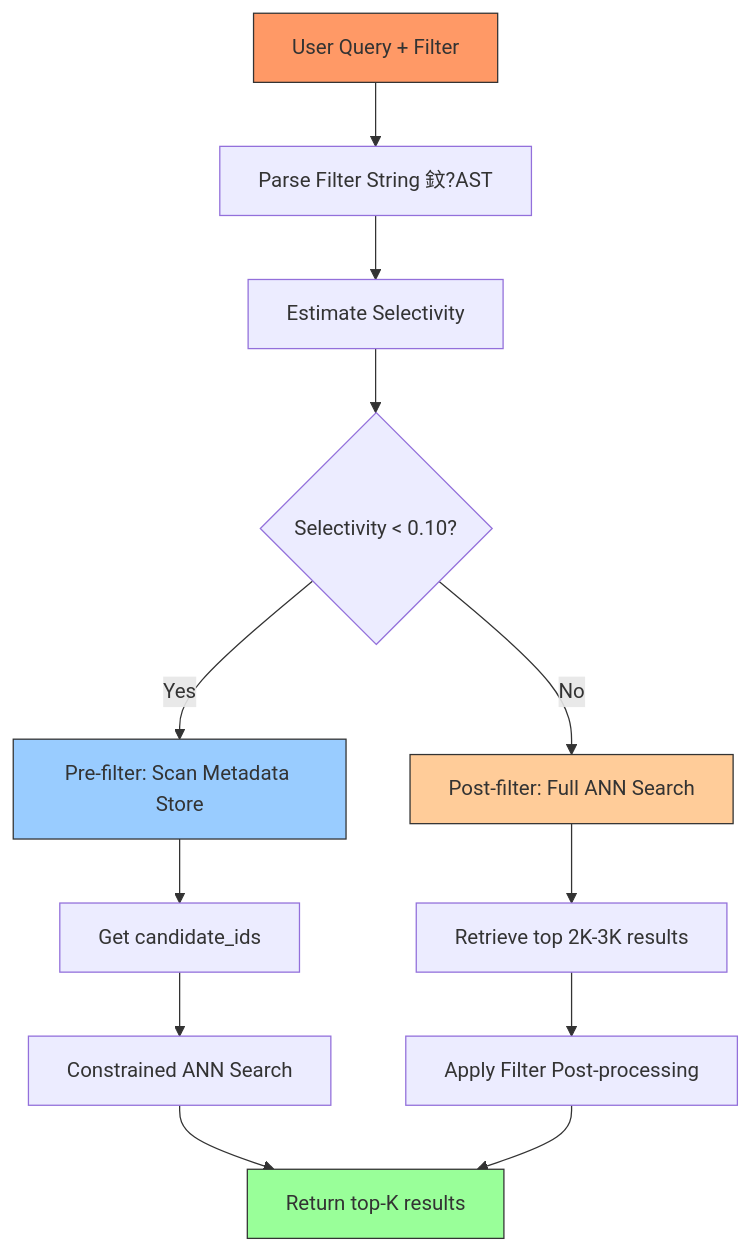
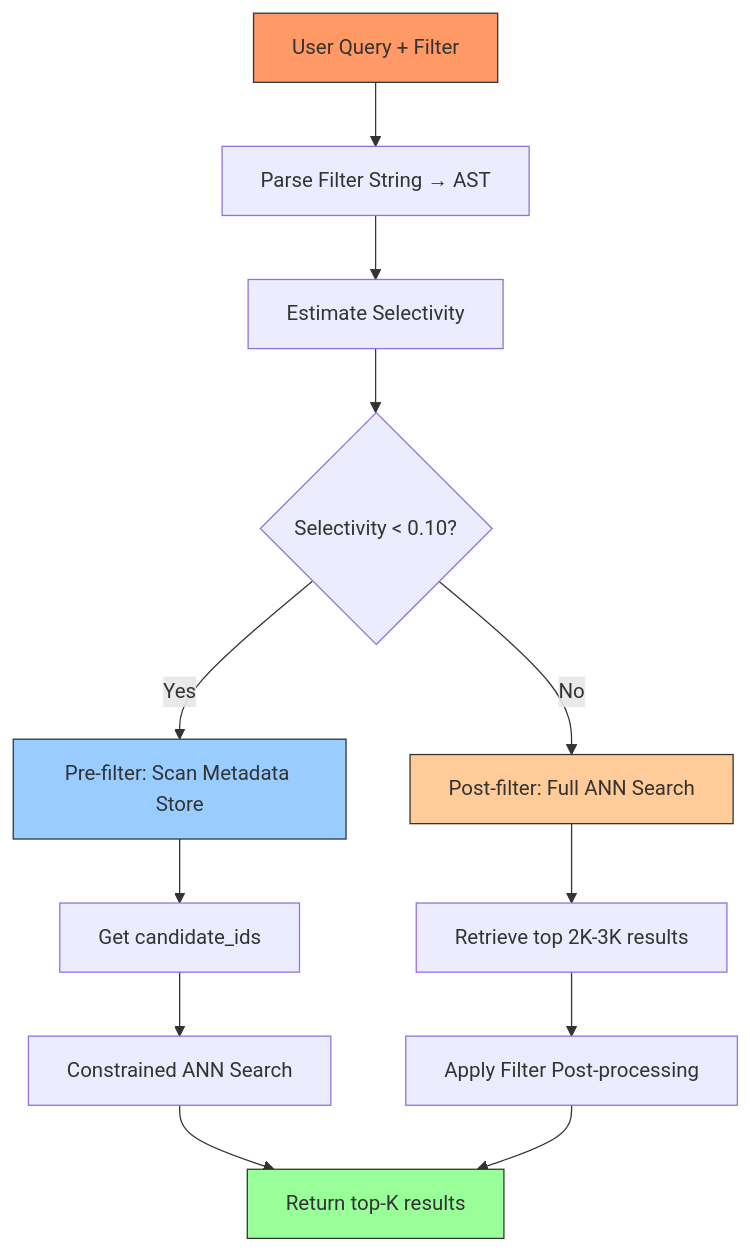
The third of 3 diagrams in deepvector/course/ch06_metadata_filter/06_元数据过滤搜索_en.md (Thezx-a/LumenDB), drawn with Mermaid before and after one commit. The commit also changed other lines of this file and 91 other files, not shown here.

````diff
--- a/deepvector/course/ch06_metadata_filter/06_元数据过滤搜索_en.md
+++ b/deepvector/course/ch06_metadata_filter/06_元数据过滤搜索_en.md
@@ -538,19 +602,19 @@
 ```mermaid
 flowchart TD
-    A[User Query + Filter] --> B[Parse Filter String 鈫?AST]
+    A[User Query + Filter] --> B[Parse Filter String → AST]
     B --> C[Estimate Selectivity]
     C --> D{Selectivity < 0.10?}
     D -->|Yes| E[Pre-filter: Scan Metadata Store]
     D -->|No| F[Post-filter: Full ANN Search]
     E --> G[Get candidate_ids]
     G --> H[Constrained ANN Search]
     F --> I[Retrieve top 2K-3K results]
     I --> J[Apply Filter Post-processing]
     H --> K[Return top-K results]
     J --> K
     
     style A fill:#f96,stroke:#333
     style K fill:#9f9,stroke:#333
     style E fill:#9cf,stroke:#333
     style F fill:#fc9,stroke:#333
 ```
````
